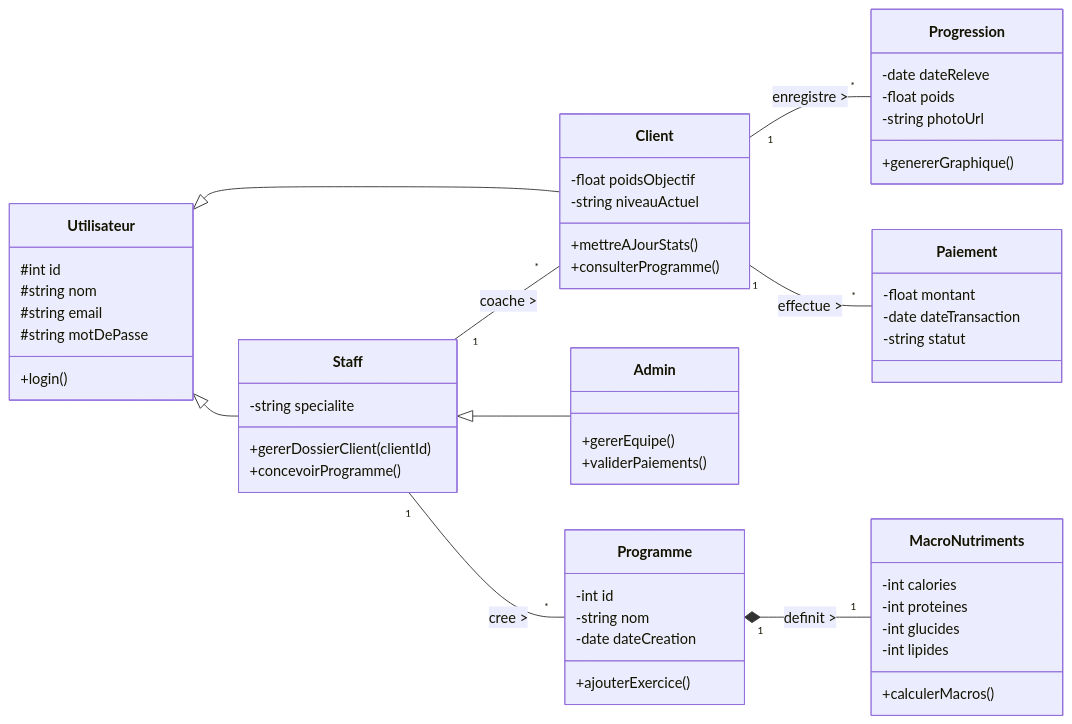
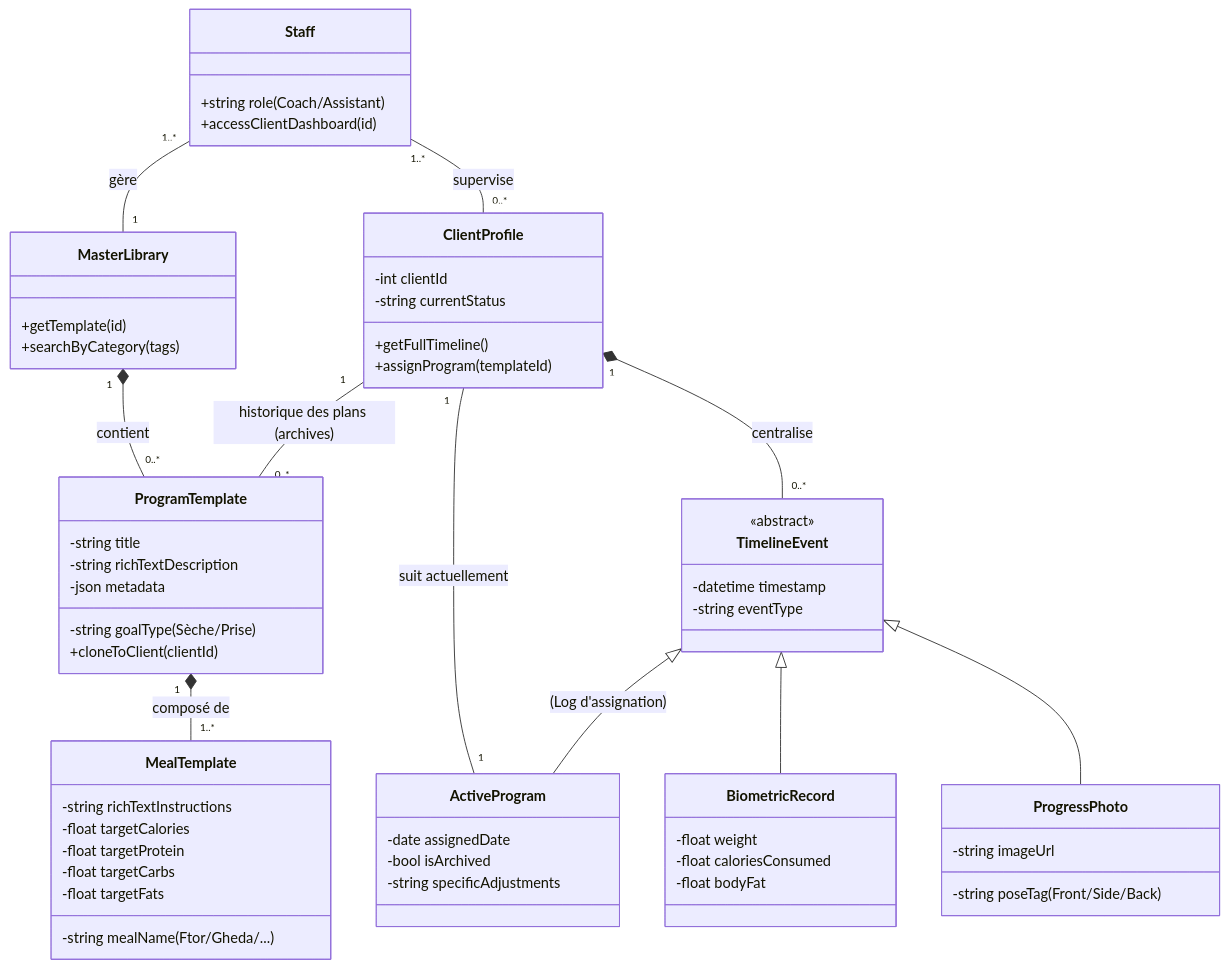
Before and after one commit to BenTaleb-Mehdi/Project-PFE: the diagram in Analyse/Diagramme-class/diagramme-class.mmd, drawn with Mermaid. The commit also changed 11 other files, not shown here.

Commit message:
feat: Add client-side program history page mock-up and initial analysis/presentation assets.

```diff
--- a/Analyse/Diagramme-class/diagramme-class.mmd
+++ b/Analyse/Diagramme-class/diagramme-class.mmd
@@ -1,69 +1,78 @@
 classDiagram
-    direction LR
+    direction TB
 
-    %% Héritage des Utilisateurs
-    Utilisateur <|-- Client
-    Utilisateur <|-- Staff
-    Staff <|-- Admin
-
-    class Utilisateur {
-        #int id
-        #string nom
-        #string email
-        #string motDePasse
-        +login()
+    %% --- Bibliothèque Maîtresse (Master Data) ---
+    class MasterLibrary {
+        +getTemplate(id)
+        +searchByCategory(tags)
     }
 
-    class Client {
-        -float poidsObjectif
-        -string niveauActuel
-        +mettreAJourStats()
-        +consulterProgramme()
+    class ProgramTemplate {
+        -string title
+        -string goalType (Sèche/Prise)
+        -string richTextDescription
+        -json metadata
+        +cloneToClient(clientId)
     }
 
-    class Staff {
-        -string specialite
-        +gererDossierClient(clientId)
-        +concevoirProgramme()
+    class MealTemplate {
+        -string mealName (Ftor/Gheda/...)
+        -string richTextInstructions
+        -float targetCalories
+        -float targetProtein
+        -float targetCarbs
+        -float targetFats
     }
 
-    class Admin {
-        +gererEquipe()
-        +validerPaiements()
+    %% --- Profil Client Unique (Single Source of Truth) ---
+    class ClientProfile {
+        -int clientId
+        -string currentStatus
+        +getFullTimeline()
+        +assignProgram(templateId)
     }
 
-    %% Classes Métier
-    class Programme {
-        -int id
-        -string nom
-        -date dateCreation
-        +ajouterExercice()
+    class ActiveProgram {
+        -date assignedDate
+        -bool isArchived
+        -string specificAdjustments
     }
 
-    class MacroNutriments {
-        -int calories
-        -int proteines
-        -int glucides
-        -int lipides
-        +calculerMacros()
+    %% --- Historique & Timeline ---
+    class TimelineEvent {
+        <<abstract>>
+        -datetime timestamp
+        -string eventType
     }
 
-    class Progression {
-        -date dateReleve
-        -float poids
-        -string photoUrl
-        +genererGraphique()
+    class BiometricRecord {
+        -float weight
+        -float caloriesConsumed
+        -float bodyFat
     }
 
-    class Paiement {
-        -float montant
-        -date dateTransaction
-        -string statut
+    class ProgressPhoto {
+        -string imageUrl
+        -string poseTag (Front/Side/Back)
     }
 
-    %% Relations et Associations
-    Client "1" -- "*" Progression : enregistre >
-    Client "1" -- "*" Paiement : effectue >
-    Staff "1" -- "*" Client : coache >
-    Staff "1" -- "*" Programme : cree >
-    Programme "1" *-- "1" MacroNutriments : definit >
+    %% --- Relations ---
+    MasterLibrary "1" *-- "0..*" ProgramTemplate : contient
+    ProgramTemplate "1" *-- "1..*" MealTemplate : composé de
+
+    ClientProfile "1" -- "1" ActiveProgram : suit actuellement
+    ClientProfile "1" -- "0..*" ProgramTemplate : historique des plans (archives)
+    
+    ClientProfile "1" *-- "0..*" TimelineEvent : centralise
+    TimelineEvent <|-- BiometricRecord
+    TimelineEvent <|-- ProgressPhoto
+    TimelineEvent <|-- ActiveProgram : (Log d'assignation)
+
+    %% --- Accès Staff ---
+    class Staff {
+        +string role (Coach/Assistant)
+        +accessClientDashboard(id)
+    }
+
+    Staff "1..*" -- "1" MasterLibrary : gère
+    Staff "1..*" -- "0..*" ClientProfile : supervise
```
